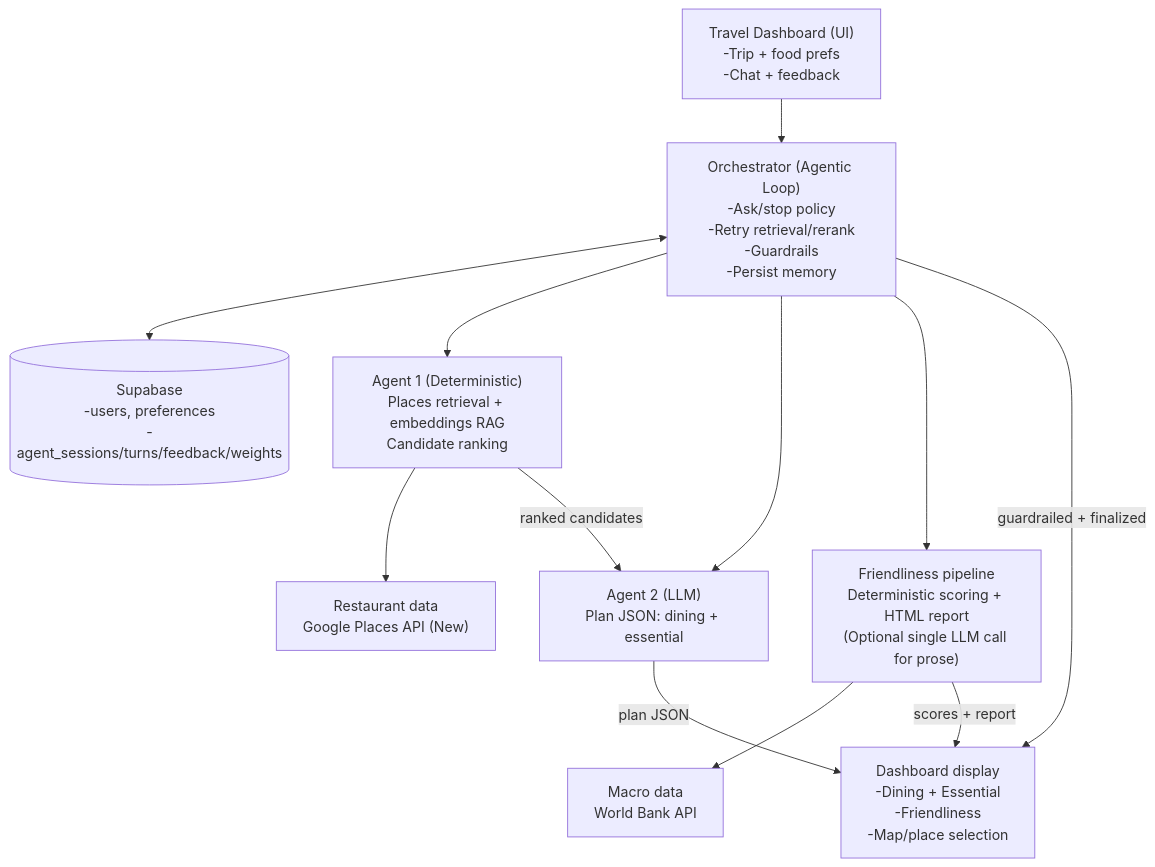
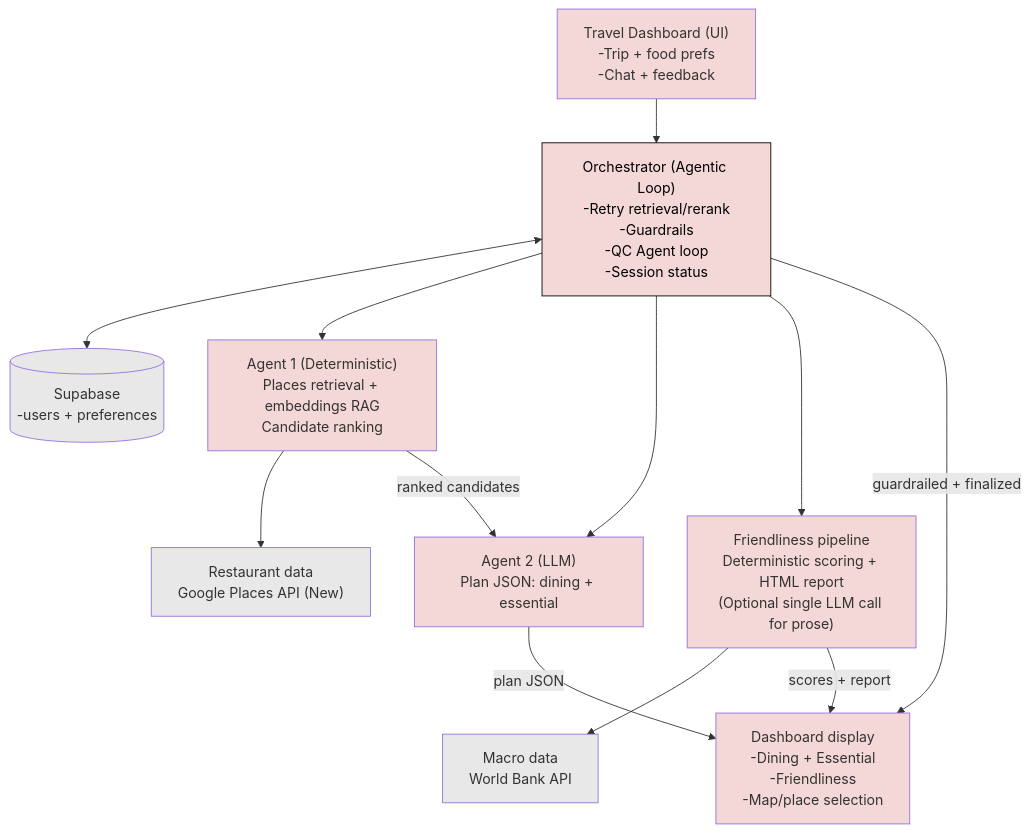
The diagram in docs/architecture_v3.md (JanHsuanChu/TravelDashboard), drawn with Mermaid before and after one commit. The commit also changed other lines of this file and 42 other files, not shown here.

````diff
--- a/docs/architecture_v3.md
+++ b/docs/architecture_v3.md
@@ -23,35 +23,46 @@
 ```mermaid
 ---
 config:
   layout: dagre
 ---
 flowchart TB
     Dashboard["Travel Dashboard (UI)\n-Trip + food prefs\n-Chat + feedback"]
-    Supabase[("Supabase\n-users, preferences\n-agent_sessions/turns/feedback/weights")]
-    Orchestrator["Orchestrator (Agentic Loop)\n-Ask/stop policy\n-Retry retrieval/rerank\n-Guardrails\n-Persist memory"]
+    Supabase[("Supabase\n-users + preferences")]
+    Orchestrator["Orchestrator (Agentic Loop)\n-Retry retrieval/rerank\n-Guardrails\n-QC Agent loop\n-Session status"]
 
     RestaurantData["Restaurant data\nGoogle Places API (New)"]
     Agent1["Agent 1 (Deterministic)\nPlaces retrieval + embeddings RAG\nCandidate ranking"]
     Agent2["Agent 2 (LLM)\nPlan JSON: dining + essential"]
 
     MacroData["Macro data\nWorld Bank API"]
     FriendlinessPipe["Friendliness pipeline\nDeterministic scoring + HTML report\n(Optional single LLM call for prose)"]
 
     Output["Dashboard display\n-Dining + Essential\n-Friendliness\n-Map/place selection"]
 
     Dashboard --> Orchestrator
     Orchestrator <--> Supabase
 
     Orchestrator --> Agent1
     Agent1 --> RestaurantData
 
     Orchestrator --> Agent2
     Agent1 -->|"ranked candidates"| Agent2
 
     Orchestrator --> FriendlinessPipe
     FriendlinessPipe --> MacroData
 
     Agent2 -->|"plan JSON"| Output
     FriendlinessPipe -->|"scores + report"| Output
     Orchestrator -->|"guardrailed + finalized"| Output
+
+    classDef Rose stroke-width:1px, stroke-dasharray:none, stroke:#FF5978, fill:#FFDFE5, color:#8E2236
+    style Dashboard fill:#f4d7d7
+    style Supabase fill:#e8e8e8
+    style Orchestrator stroke:#000000,color:#000000,fill:#f4d7d7
+    style RestaurantData fill:#e8e8e8
+    style Agent1 fill:#f4d7d7
+    style Agent2 fill:#f4d7d7
+    style MacroData fill:#e8e8e8
+    style FriendlinessPipe fill:#f4d7d7
+    style Output fill:#f4d7d7
 ```
````
